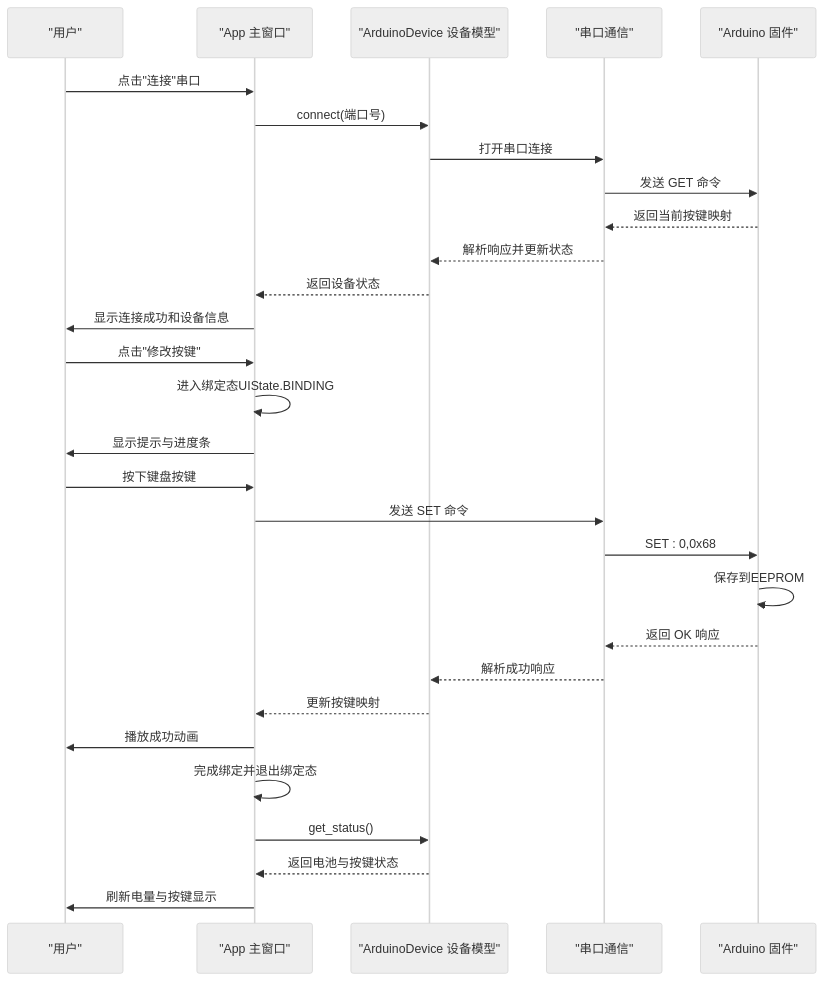
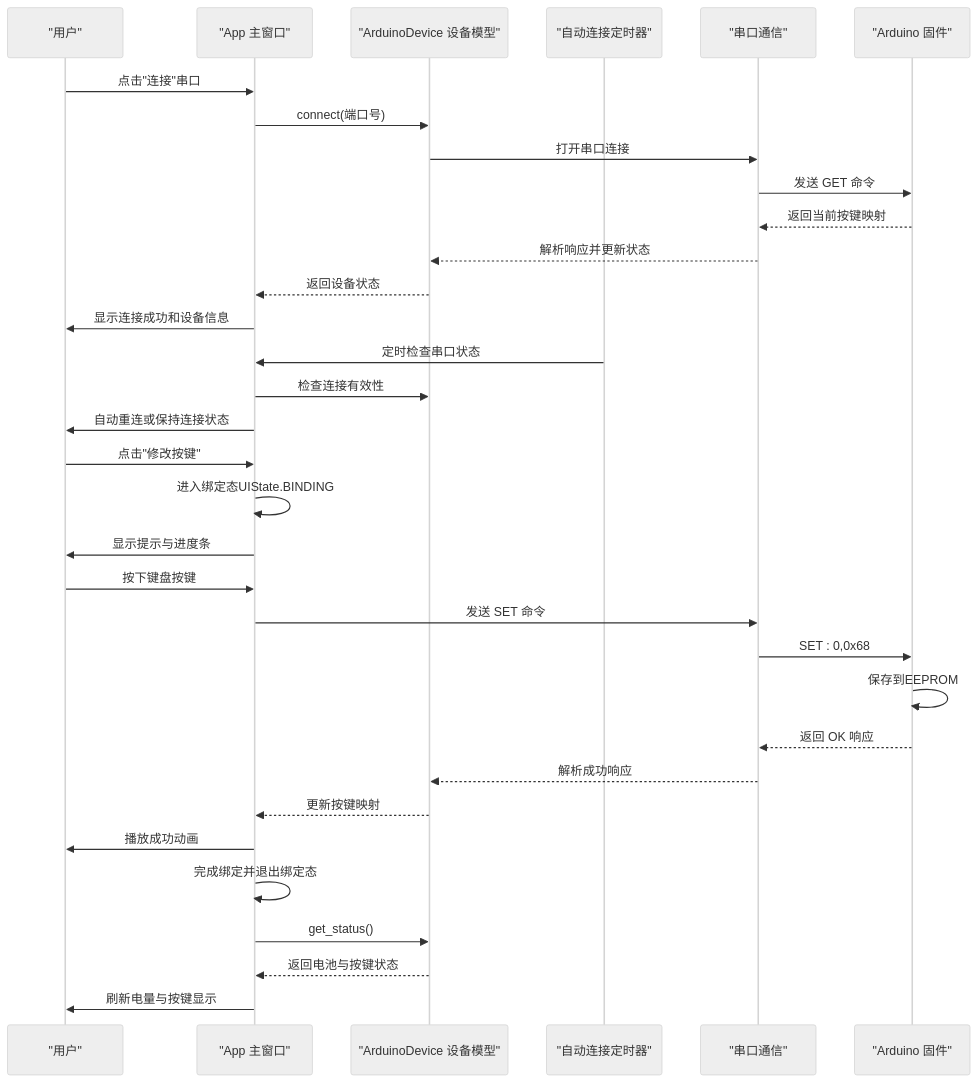
Before and after one commit to Hankun-P/wireless-keyboard-toy: the second of 7 diagrams in .qoder/repowiki/zh/content/桌面应用架构/核心业务逻辑.md, drawn with Mermaid (neutral theme). The commit also changed other lines of this file and 10 other files, not shown here.

````diff
--- a/.qoder/repowiki/zh/content/桌面应用架构/核心业务逻辑.md
+++ b/.qoder/repowiki/zh/content/桌面应用架构/核心业务逻辑.md
@@ -124,31 +138,35 @@
 ```mermaid
 sequenceDiagram
 participant User as "用户"
 participant App as "App 主窗口"
 participant Device as "ArduinoDevice 设备模型"
+participant AutoConnect as "自动连接定时器"
 participant Serial as "串口通信"
 participant Firmware as "Arduino 固件"
 User->>App : 点击"连接"串口
 App->>Device : connect(端口号)
 Device->>Serial : 打开串口连接
 Serial->>Firmware : 发送 GET 命令
 Firmware-->>Serial : 返回当前按键映射
 Serial-->>Device : 解析响应并更新状态
 Device-->>App : 返回设备状态
 App->>User : 显示连接成功和设备信息
+AutoConnect->>App : 定时检查串口状态
+App->>Device : 检查连接有效性
+App->>User : 自动重连或保持连接状态
 User->>App : 点击"修改按键"
 App->>App : 进入绑定态UIState.BINDING
 App->>User : 显示提示与进度条
 User->>App : 按下键盘按键
 App->>Serial : 发送 SET 命令
 Serial->>Firmware : SET : 0,0x68
 Firmware->>Firmware : 保存到EEPROM
 Firmware-->>Serial : 返回 OK 响应
 Serial-->>Device : 解析成功响应
 Device-->>App : 更新按键映射
 App->>User : 播放成功动画
 App->>App : 完成绑定并退出绑定态
 App->>Device : get_status()
 Device-->>App : 返回电池与按键状态
 App->>User : 刷新电量与按键显示
 ```
````
